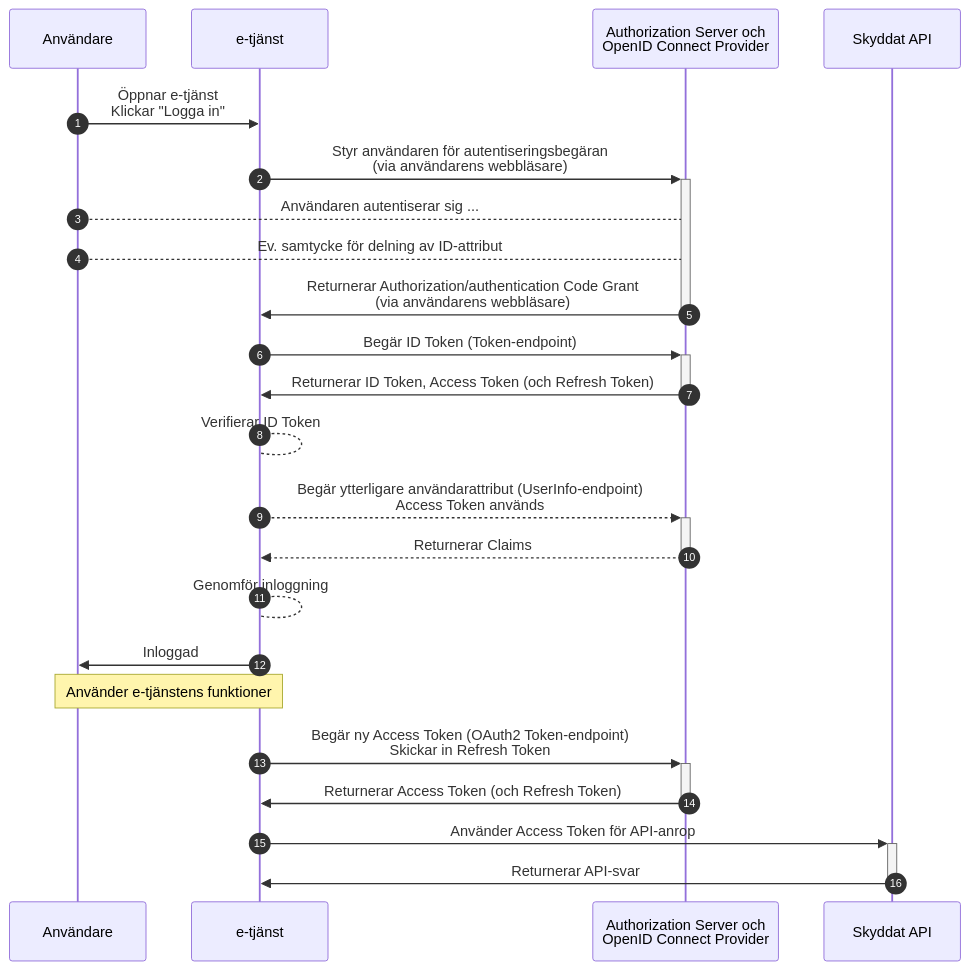
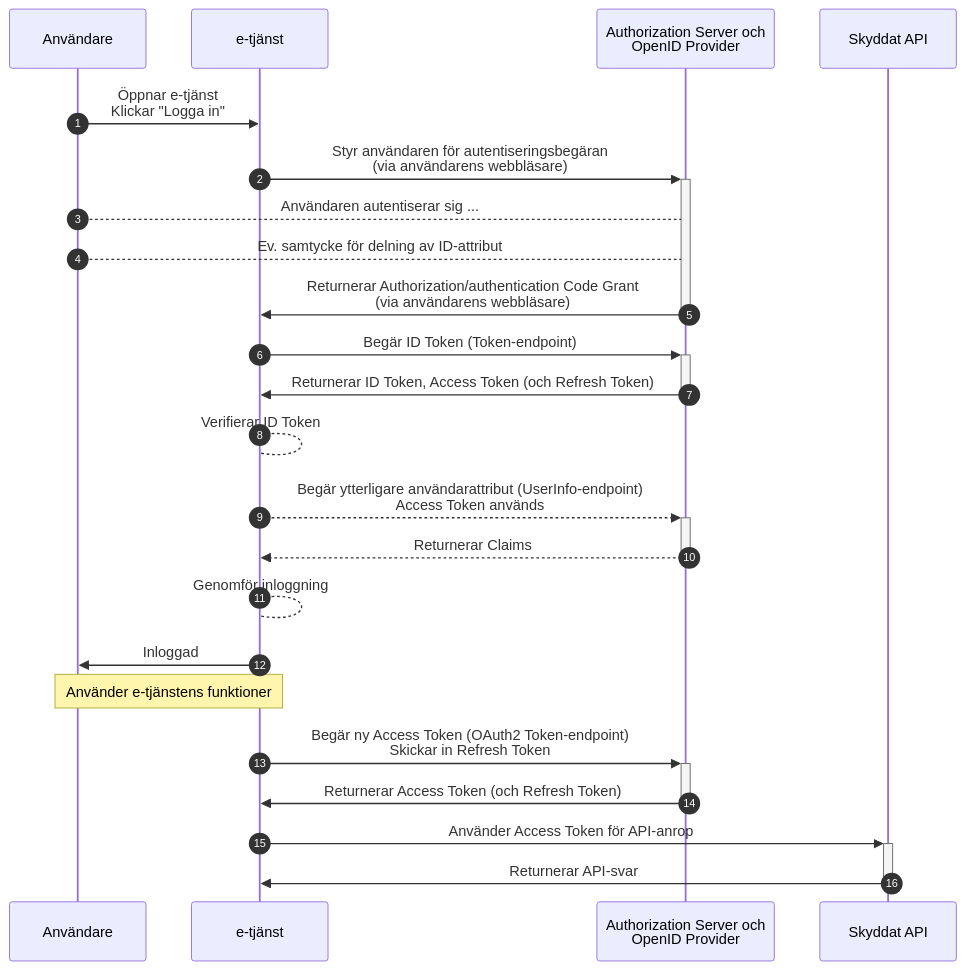
One commit to diggsweden/ena-authorization changed the fourth of 4 diagrams in architecture/patterns/authn-authz-patterns.md. Above: the diagram before and after it, drawn with Mermaid. The commit also changed other lines of this file, not shown here.

````diff
--- a/architecture/patterns/authn-authz-patterns.md
+++ b/architecture/patterns/authn-authz-patterns.md
@@ -305,34 +305,34 @@
 ```mermaid
 sequenceDiagram
 autonumber
     participant User as Användare
     participant Service as e-tjänst
-    participant AuthServer as Authorization Server och<br />OpenID Connect Provider
+    participant AuthServer as Authorization Server och<br />OpenID Provider
 
     participant API as Skyddat API
 
     User->>Service: Öppnar e-tjänst<br />Klickar "Logga in"
 
     Service->>+AuthServer: Styr användaren för autentiseringsbegäran<br />(via användarens webbläsare)
     User-->AuthServer: Användaren autentiserar sig ...
     User-->AuthServer: Ev. samtycke för delning av ID-attribut
     AuthServer->>-Service: Returnerar Authorization/authentication Code Grant<br />(via användarens webbläsare)
 
     Service->>+AuthServer: Begär ID Token (Token-endpoint)
     AuthServer->>-Service: Returnerar ID Token, Access Token (och Refresh Token)
     Service-->Service: Verifierar ID Token
 
     Service-->>+AuthServer: Begär ytterligare användarattribut (UserInfo-endpoint)<br />Access Token används
     AuthServer-->>-Service: Returnerar Claims
 
     Service-->Service: Genomför inloggning
 
     Service->>User: Inloggad
     Note over Service, User: Använder e-tjänstens funktioner
 
     Service->>+AuthServer: Begär ny Access Token (OAuth2 Token-endpoint)<br />Skickar in Refresh Token
     AuthServer->>-Service: Returnerar Access Token (och Refresh Token)
 
     Service->>+API: Använder Access Token för API-anrop
     API->>-Service: Returnerar API-svar
 ```  
````
